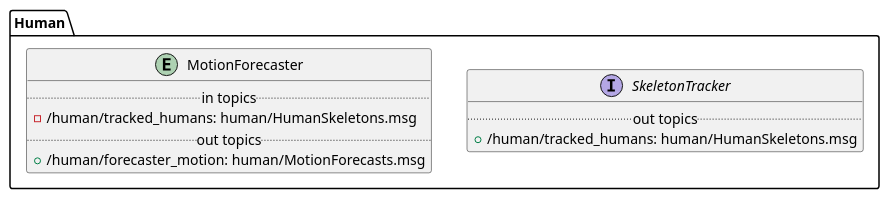
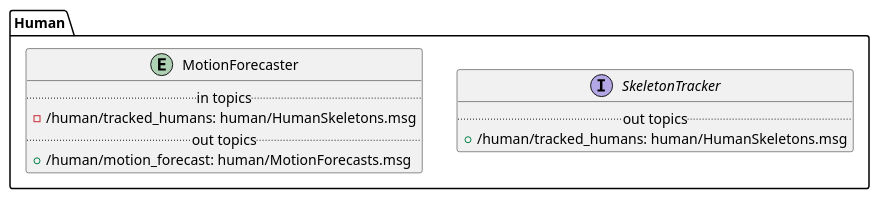
Before and after one commit to magician-project/magician-project: the ninth of 9 diagrams in framework.md, drawn with PlantUML. The commit also changed other lines of this file, not shown here.

````diff
--- a/framework.md
+++ b/framework.md
@@ -251,20 +281,20 @@
 ```{plantuml}
 :width: 700px
 @startuml
 package Human {
 
   interface SkeletonTracker {
     .. out topics ..
     + /human/tracked_humans: human/HumanSkeletons.msg
   }
 
   entity MotionForecaster {
     .. in topics ..
     - /human/tracked_humans: human/HumanSkeletons.msg
     .. out topics ..
-    + /human/forecaster_motion: human/MotionForecasts.msg
+    + /human/motion_forecast: human/MotionForecasts.msg
   }
 
 }
 @enduml
 ```
````
